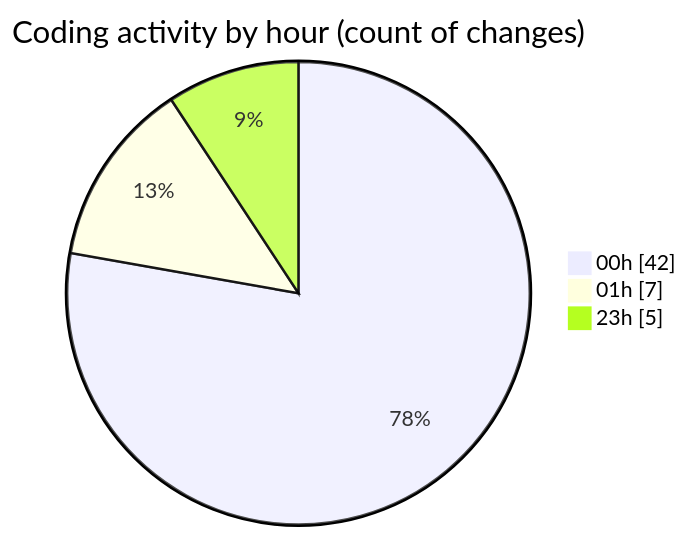
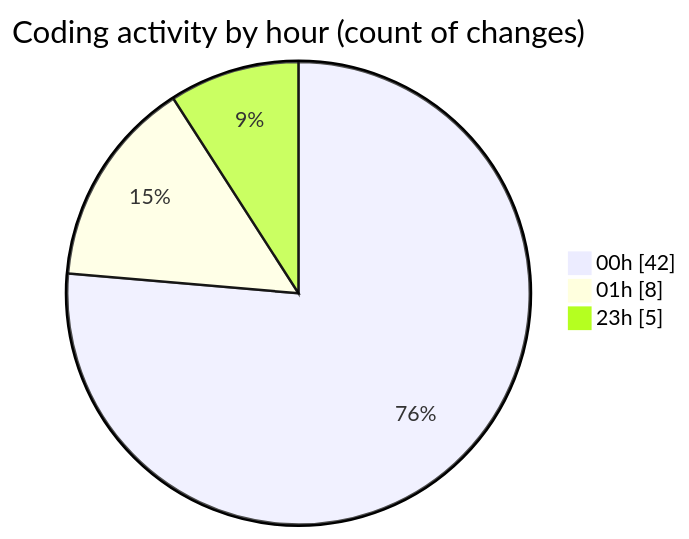
Before and after one commit to julien-gomy/code-tracking: the second of 2 diagrams in 2025-11-27/eventscop-frontend-guide__workspace_/README.md, drawn with Mermaid. The commit also changed other lines of this file and 1 other file, not shown here.

````diff
--- a/2025-11-27/eventscop-frontend-guide__workspace_/README.md
+++ b/2025-11-27/eventscop-frontend-guide__workspace_/README.md
@@ -44,7 +44,7 @@
 ```mermaid
 pie showData
 title Coding activity by hour (count of changes)
 "00h" : 42
-"01h" : 7
+"01h" : 8
 "23h" : 5
 ```
````
